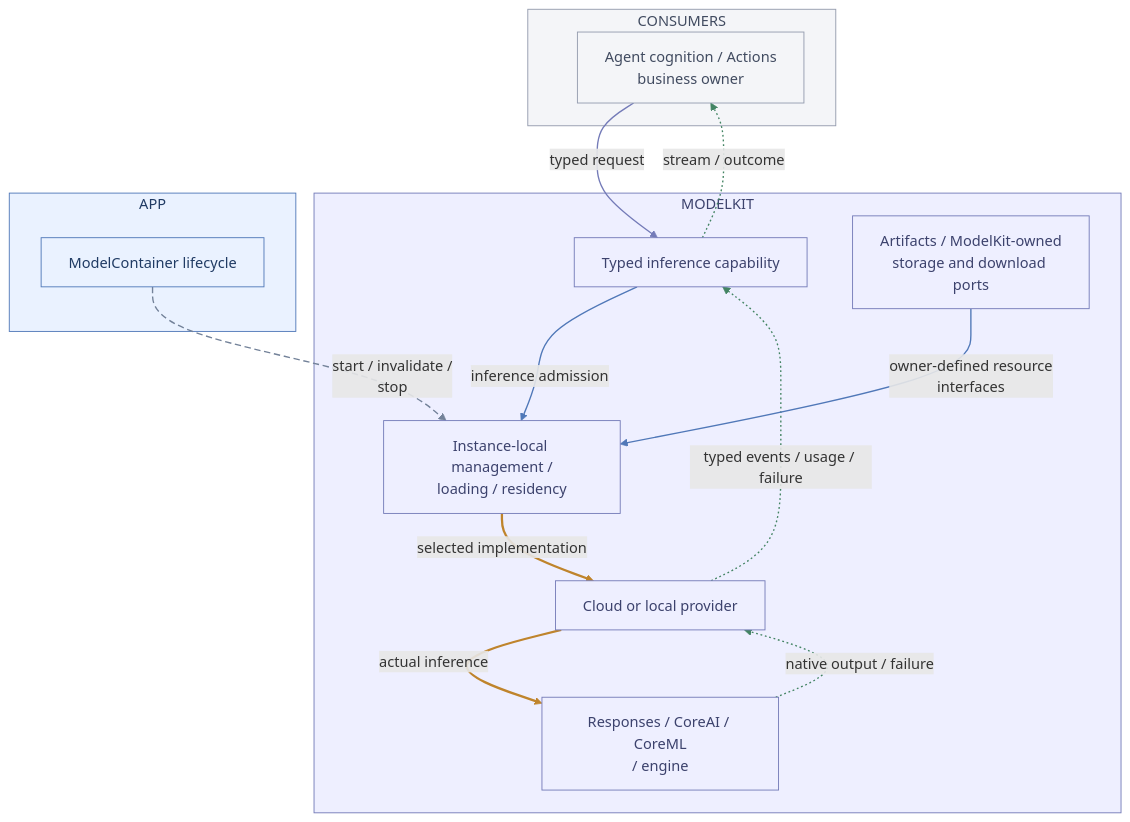
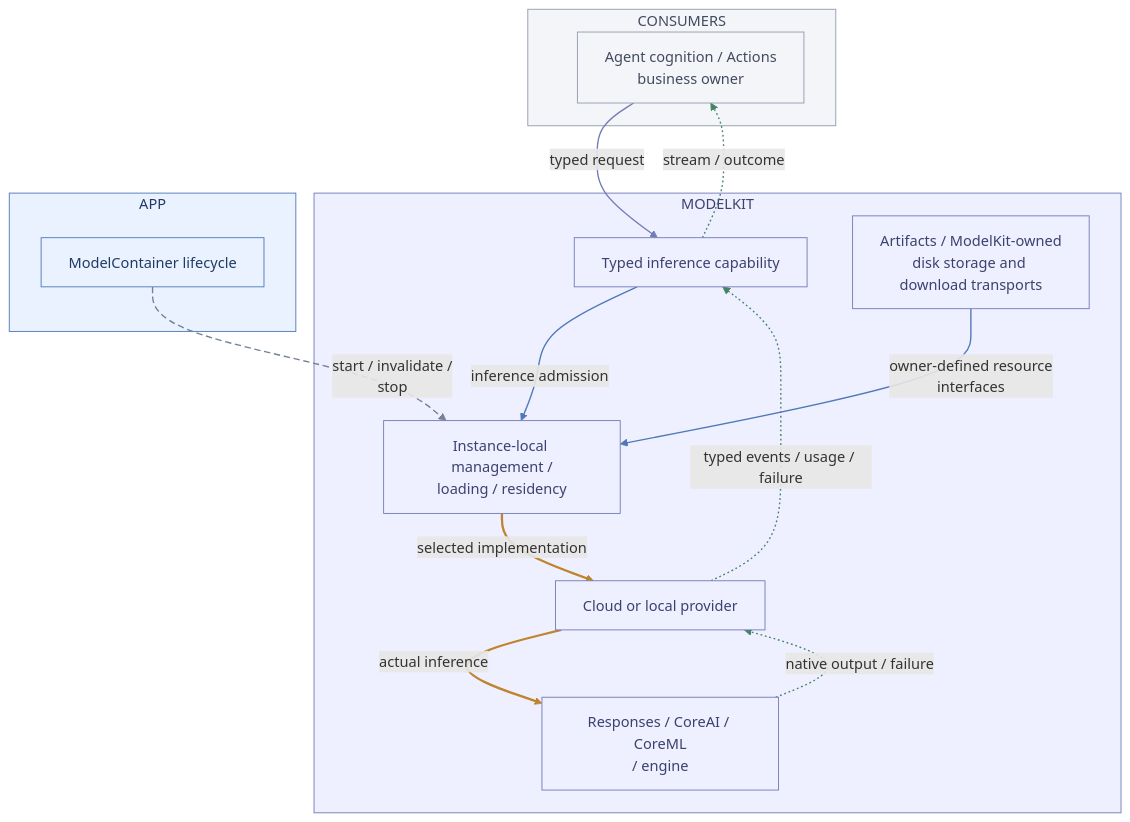
Diagram 25 of 27 in MobileHarness/README.md (devilyouwei/MobileHarness), drawn with Mermaid before and after one commit. The commit also changed other lines of this file and 74 other files, not shown here.

Commit message:
Consolidate model artifact management in ModelKit and remove D3 Lite

````diff
--- a/MobileHarness/README.md
+++ b/MobileHarness/README.md
@@ -1528,38 +1536,38 @@
 ```mermaid
 flowchart TB
     subgraph Consumers["CONSUMERS"]
         Caller["Agent cognition / Actions<br/>business owner"]:::neutral
     end
     style Consumers fill:#f4f5f8,stroke:#939bad,color:#414b60
     subgraph Inference["MODELKIT"]
         Capability["Typed inference capability"]:::model
         Manager["Instance-local management /<br/>loading / residency"]:::model
         Provider["Cloud or local provider"]:::model
         Backend["Responses / CoreAI / CoreML<br/>/ engine"]:::model
-        Ports["Artifacts / ModelKit-owned<br/>storage and download ports"]:::model
+        Ports["Artifacts / ModelKit-owned<br/>disk storage and download transports"]:::model
     end
     style Inference fill:#eeefff,stroke:#747bb8,color:#3c426d
     subgraph Host["APP"]
         App["ModelContainer lifecycle"]:::host
     end
     style Host fill:#eaf2ff,stroke:#5078b8,color:#203b64
     Caller -->|"typed request"| Capability
     Capability -->|"inference admission"| Manager
     Manager ==>|"selected implementation"| Provider
     Provider ==>|"actual inference"| Backend
     Backend -.->|"native output / failure"| Provider
     Provider -.->|"typed events / usage / failure"| Capability
     Capability -.->|"stream / outcome"| Caller
     App -.->|"start / invalidate /<br/>stop"| Manager
     Ports -->|"owner-defined resource<br/>interfaces"| Manager
     classDef host fill:#eaf2ff,stroke:#5078b8,color:#203b64
     classDef model fill:#eeefff,stroke:#747bb8,color:#3c426d
     classDef neutral fill:#f4f5f8,stroke:#939bad,color:#414b60
     linkStyle 0 stroke:#747bb8,stroke-width:1.5px
     linkStyle 1 stroke:#5078b8,stroke-width:1.5px
     linkStyle 2 stroke:#bf842c,stroke-width:2.5px
     linkStyle 3 stroke:#bf842c,stroke-width:2.5px
     linkStyle 4,5,6 stroke:#438463,stroke-width:1.5px,stroke-dasharray:2 3
     linkStyle 7 stroke:#738299,stroke-width:1.5px,stroke-dasharray:7 4
     linkStyle 8 stroke:#5078b8,stroke-width:1.5px
 ```
````
